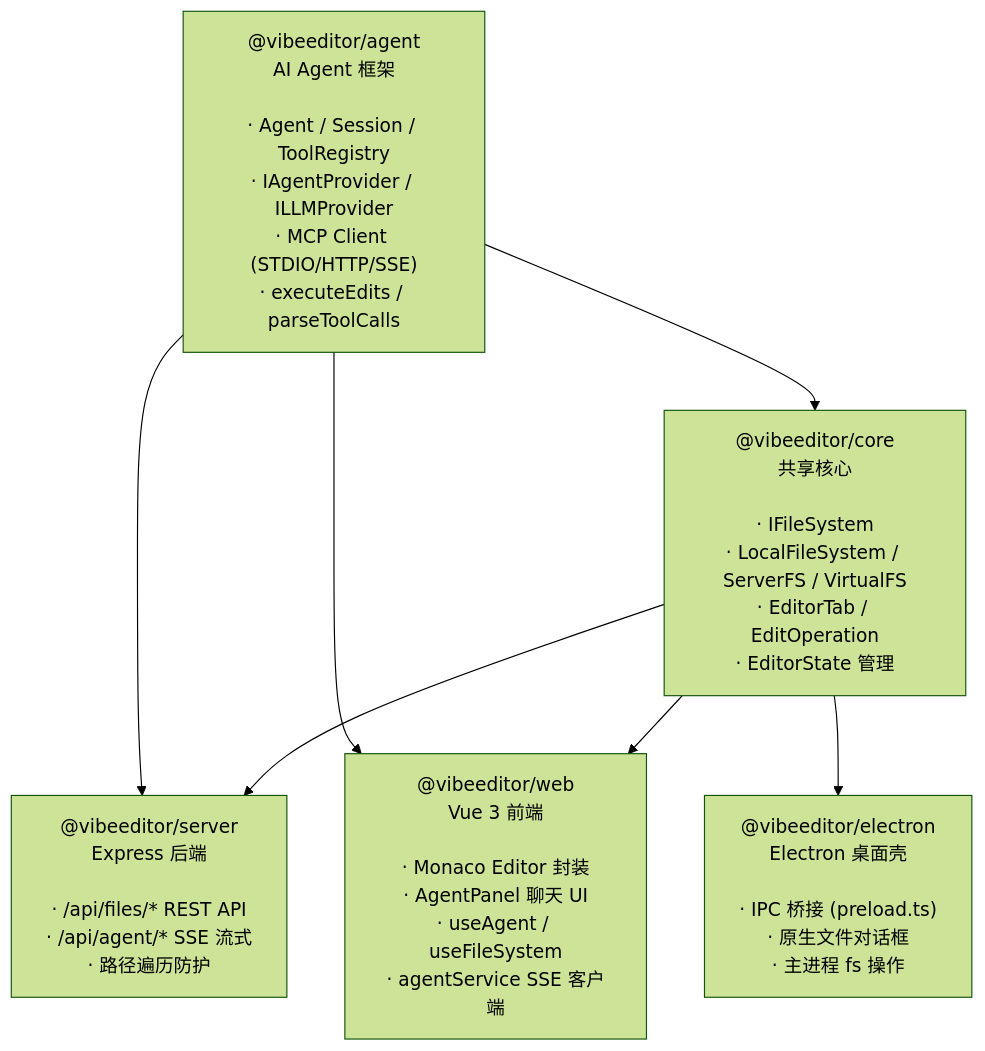
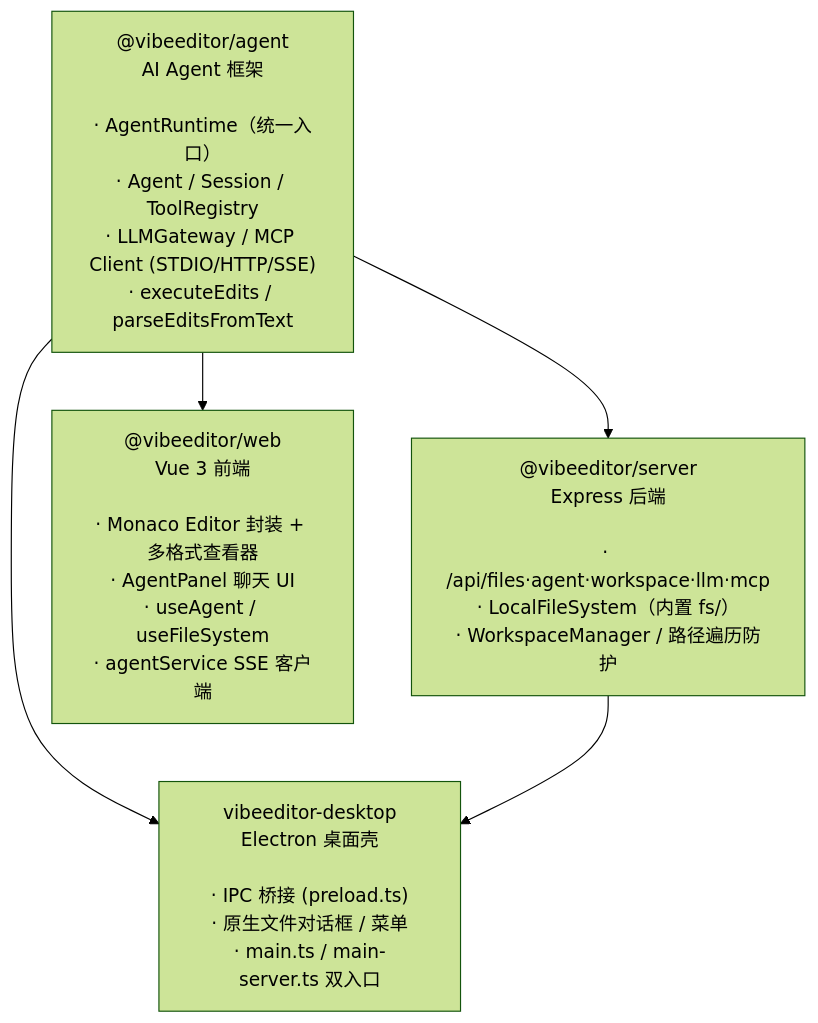
Before and after one commit to LSF1106/VibeEditor: the first of 5 diagrams in README.md, drawn with Mermaid (forest theme). The commit also changed other lines of this file and 9 other files, not shown here.

````diff
--- a/README.md
+++ b/README.md
@@ -108,15 +155,12 @@
 ```mermaid
 graph TD
-    agent["@vibeeditor/agent<br/>AI Agent 框架<br/><br/>· Agent / Session / ToolRegistry<br/>· IAgentProvider / ILLMProvider<br/>· MCP Client (STDIO/HTTP/SSE)<br/>· executeEdits / parseToolCalls"]
-    core["@vibeeditor/core<br/>共享核心<br/><br/>· IFileSystem<br/>· LocalFileSystem / ServerFS / VirtualFS<br/>· EditorTab / EditOperation<br/>· EditorState 管理"]
-    server["@vibeeditor/server<br/>Express 后端<br/><br/>· /api/files/* REST API<br/>· /api/agent/* SSE 流式<br/>· 路径遍历防护"]
-    web["@vibeeditor/web<br/>Vue 3 前端<br/><br/>· Monaco Editor 封装<br/>· AgentPanel 聊天 UI<br/>· useAgent / useFileSystem<br/>· agentService SSE 客户端"]
-    electron["@vibeeditor/electron<br/>Electron 桌面壳<br/><br/>· IPC 桥接 (preload.ts)<br/>· 原生文件对话框<br/>· 主进程 fs 操作"]
+    agent["@vibeeditor/agent<br/>AI Agent 框架<br/><br/>· AgentRuntime（统一入口）<br/>· Agent / Session / ToolRegistry<br/>· LLMGateway / MCP Client (STDIO/HTTP/SSE)<br/>· executeEdits / parseEditsFromText"]
+    server["@vibeeditor/server<br/>Express 后端<br/><br/>· /api/files·agent·workspace·llm·mcp<br/>· LocalFileSystem（内置 fs/）<br/>· WorkspaceManager / 路径遍历防护"]
+    web["@vibeeditor/web<br/>Vue 3 前端<br/><br/>· Monaco Editor 封装 + 多格式查看器<br/>· AgentPanel 聊天 UI<br/>· useAgent / useFileSystem<br/>· agentService SSE 客户端"]
+    electron["vibeeditor-desktop<br/>Electron 桌面壳<br/><br/>· IPC 桥接 (preload.ts)<br/>· 原生文件对话框 / 菜单<br/>· main.ts / main-server.ts 双入口"]
 
-    agent --> core
     agent --> server
     agent --> web
-    core --> server
-    core --> web
-    core --> electron
+    agent --> electron
+    server --> electron
 ```
````
